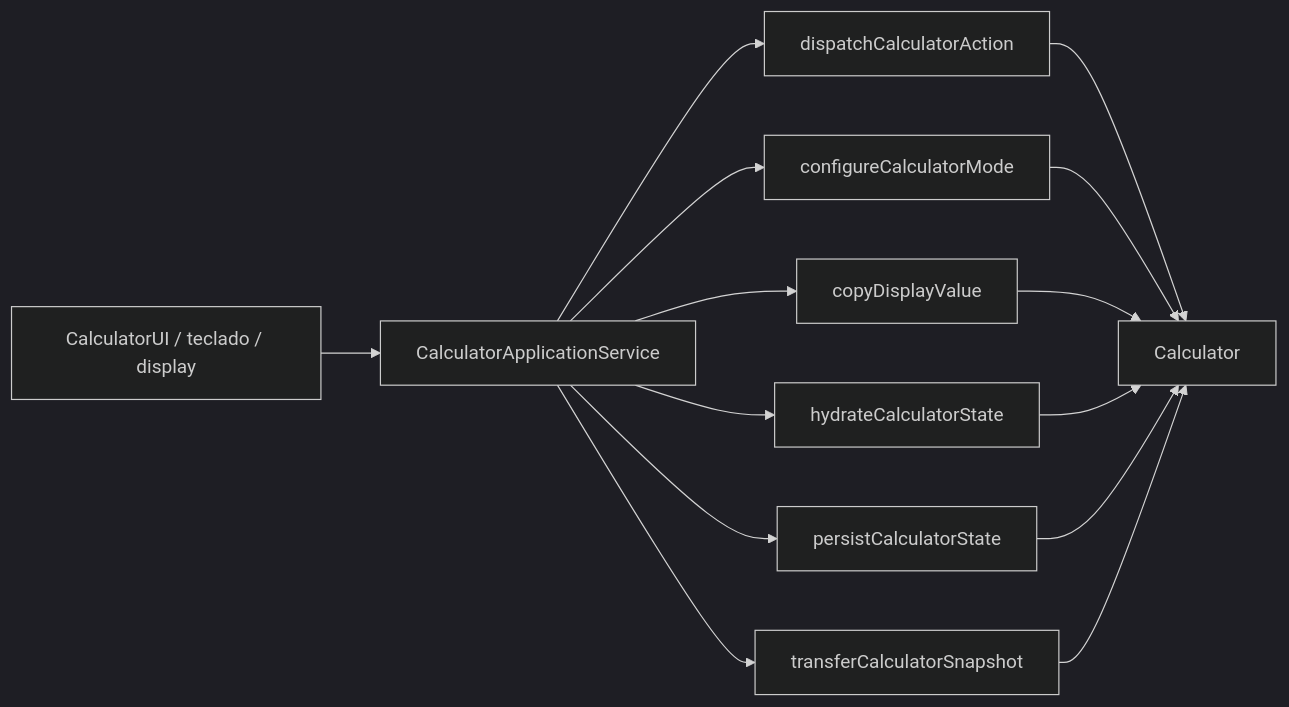
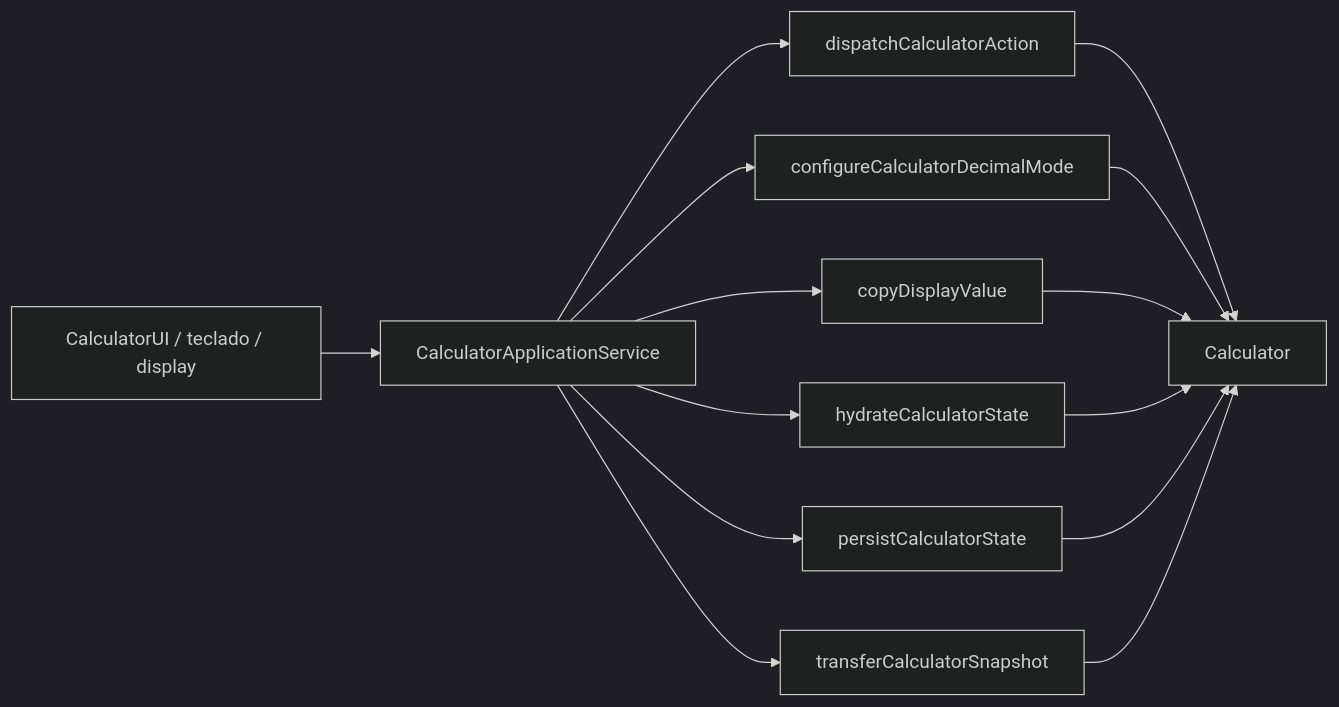
Before and after one commit to FelixNader/sumadora_2: the seventh of 8 diagrams in docs/architecture-domain-blueprint.md, drawn with Mermaid (dark theme). The commit also changed other lines of this file and 14 other files, not shown here.

````diff
--- a/docs/architecture-domain-blueprint.md
+++ b/docs/architecture-domain-blueprint.md
@@ -385,18 +423,18 @@
 ```mermaid
 flowchart LR
     UI["CalculatorUI / teclado / display"] --> Service["CalculatorApplicationService"]
 
     Service --> Dispatch["dispatchCalculatorAction"]
-    Service --> Mode["configureCalculatorMode"]
+    Service --> Decimal["configureCalculatorDecimalMode"]
     Service --> Copy["copyDisplayValue"]
     Service --> Hydrate["hydrateCalculatorState"]
     Service --> Persist["persistCalculatorState"]
     Service --> Transfer["transferCalculatorSnapshot"]
 
     Dispatch --> Calc["Calculator"]
-    Mode --> Calc
+    Decimal --> Calc
     Copy --> Calc
     Hydrate --> Calc
     Persist --> Calc
     Transfer --> Calc
 ```
````
